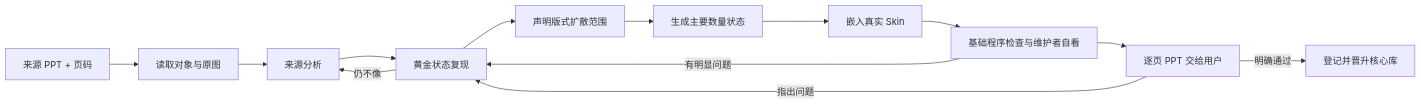
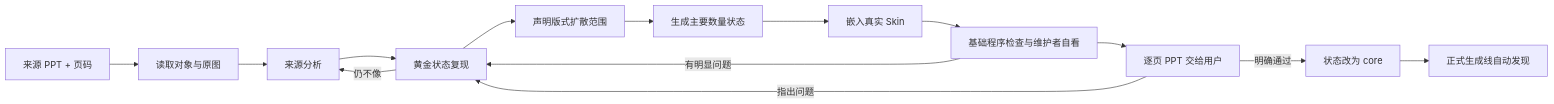
One commit to NEUwpy/PPagenT changed the diagram in docs/工作流/资产积累与入库/工作流.md. Above: the diagram before and after it, drawn with Mermaid. The commit also changed other lines of this file and 28 other files, not shown here.

````diff
--- a/docs/工作流/资产积累与入库/工作流.md
+++ b/docs/工作流/资产积累与入库/工作流.md
@@ -24,15 +24,16 @@
 ```mermaid
 flowchart LR
     A["来源 PPT + 页码"] --> B["读取对象与原图"]
     B --> C["来源分析"]
     C --> D["黄金状态复现"]
     D -->|仍不像| C
     D --> E["声明版式扩散范围"]
     E --> F["生成主要数量状态"]
     F --> G["嵌入真实 Skin"]
     G --> H["基础程序检查与维护者自看"]
     H -->|有明显问题| D
     H --> I["逐页 PPT 交给用户"]
     I -->|指出问题| D
-    I -->|明确通过| J["登记并晋升核心库"]
+    I -->|明确通过| J["状态改为 core"]
+    J --> K["正式生成线自动发现"]
 ```
````
